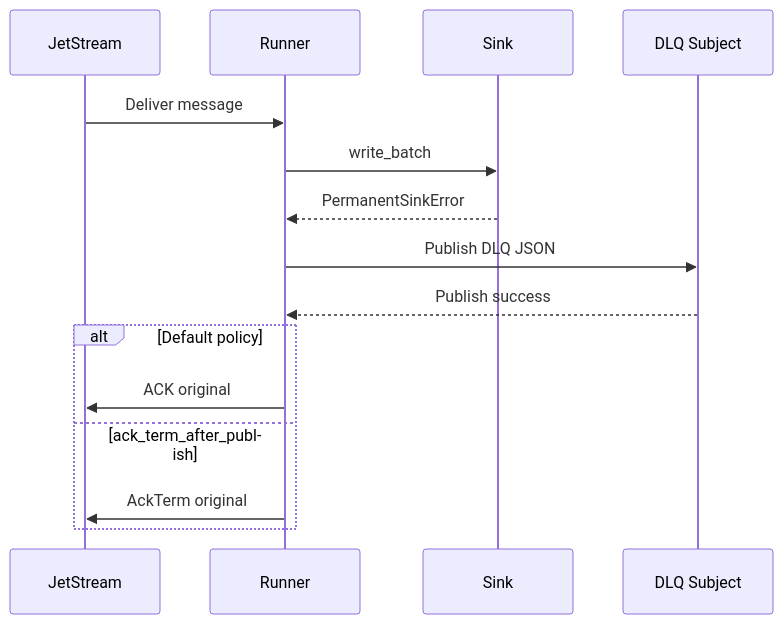
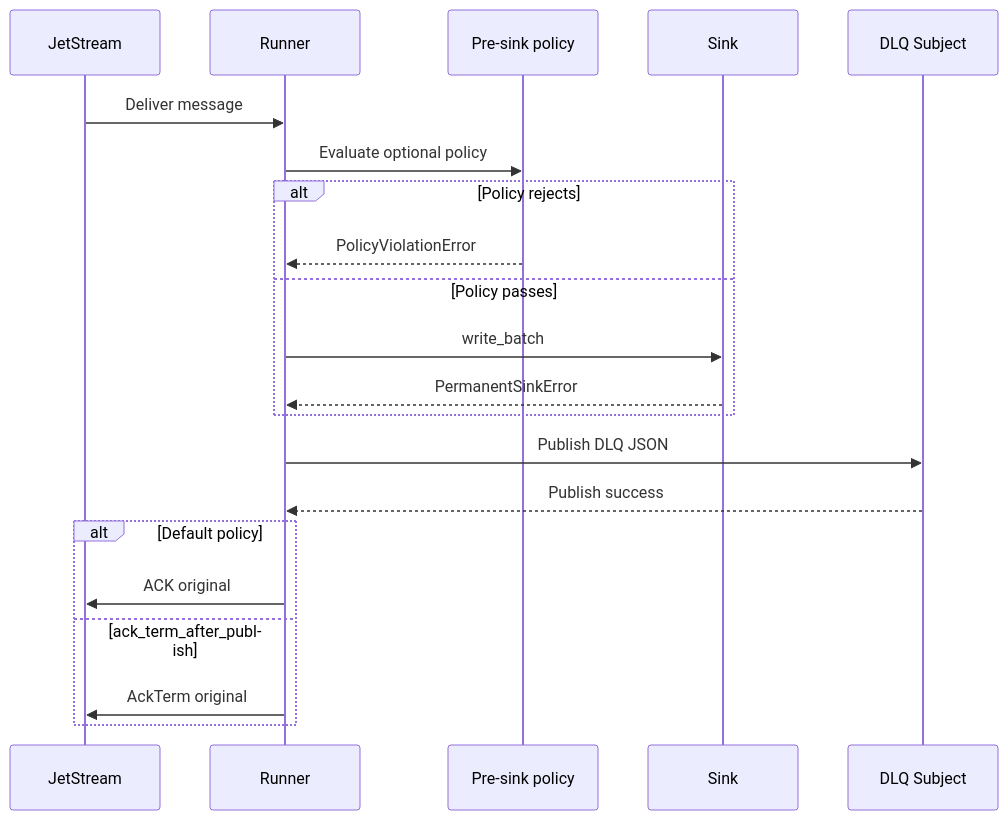
The diagram in docs/dead-letter-queues.md (ProjectCuillin/nats-sinks), drawn with Mermaid before and after one commit. The commit also changed other lines of this file and 28 other files, not shown here.

Commit message:
Add pre-sink policy gate

````diff
--- a/docs/dead-letter-queues.md
+++ b/docs/dead-letter-queues.md
@@ -52,18 +55,24 @@
 ```mermaid
 sequenceDiagram
     participant JS as JetStream
     participant R as Runner
+    participant P as Pre-sink policy
     participant S as Sink
     participant Q as DLQ Subject
 
     JS->>R: Deliver message
-    R->>S: write_batch
-    S-->>R: PermanentSinkError
+    R->>P: Evaluate optional policy
+    alt Policy rejects
+        P-->>R: PolicyViolationError
+    else Policy passes
+        R->>S: write_batch
+        S-->>R: PermanentSinkError
+    end
     R->>Q: Publish DLQ JSON
     Q-->>R: Publish success
     alt Default policy
         R->>JS: ACK original
     else ack_term_after_publish
         R->>JS: AckTerm original
     end
 ```
````
